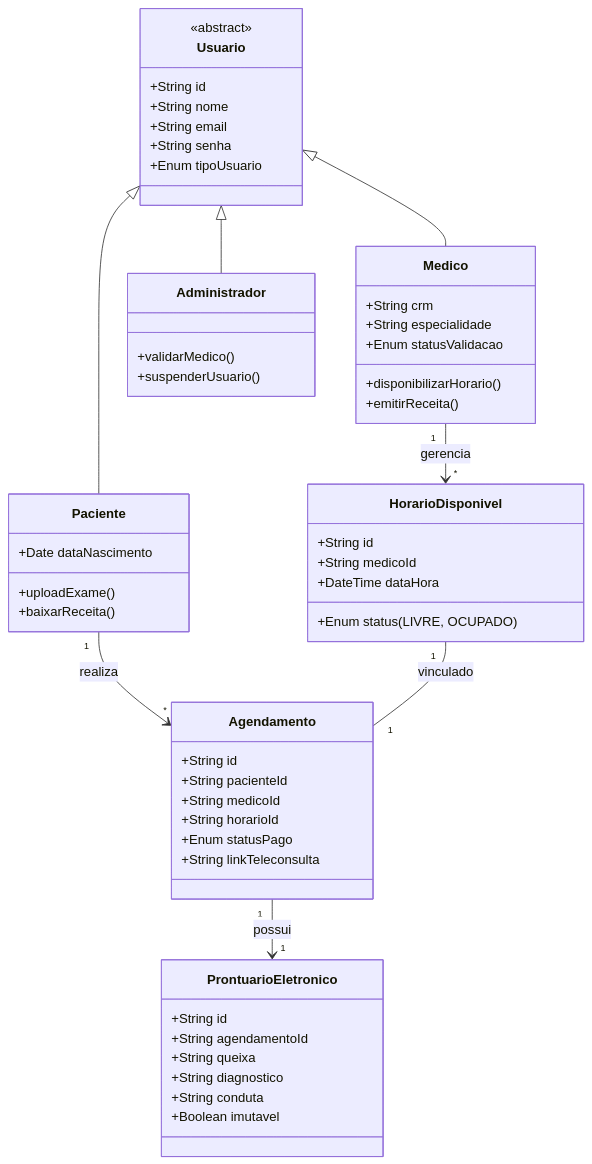
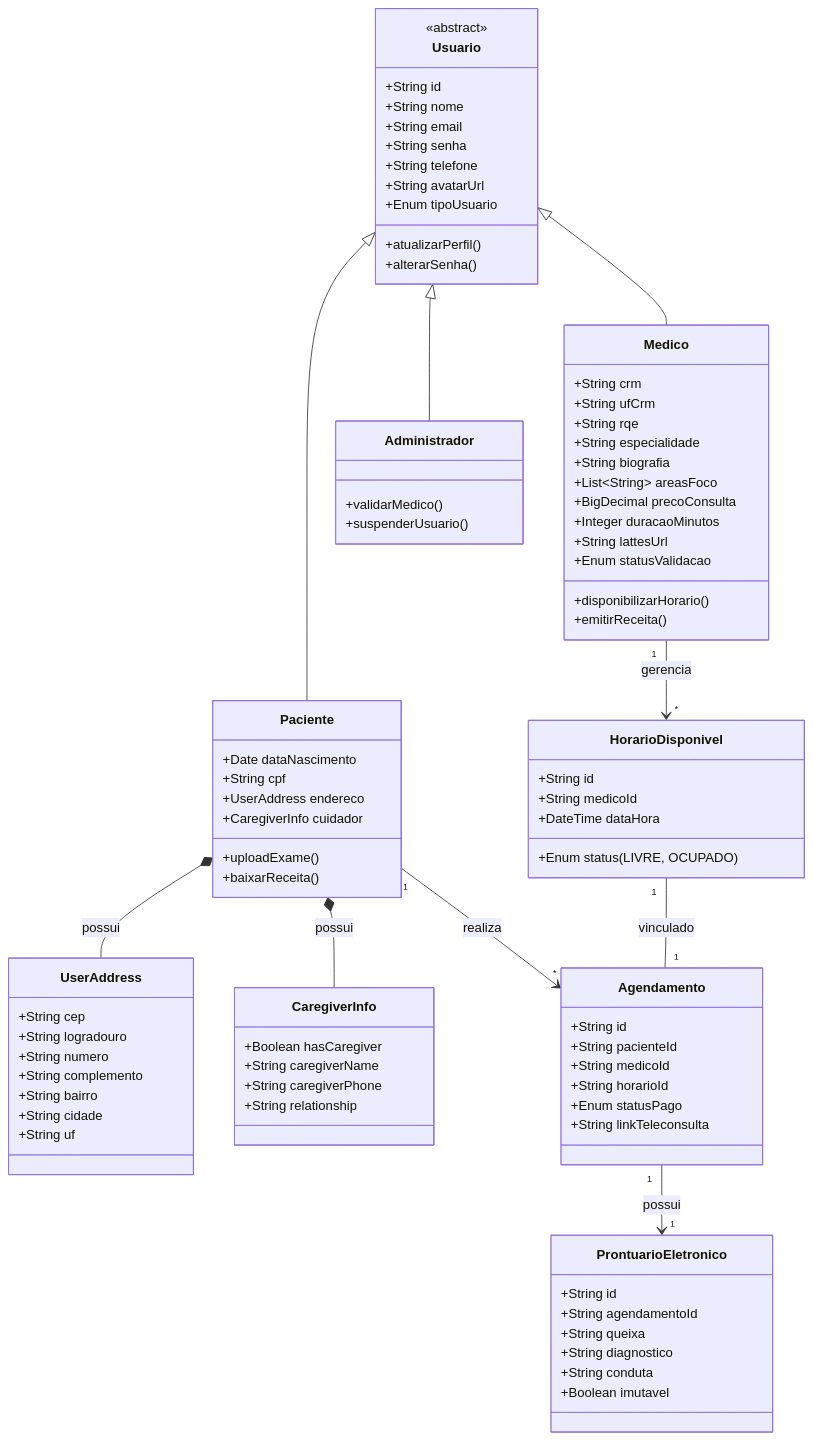
Before and after one commit to GuilhermeSilva-25/active-age: the second of 3 diagrams in 3-Semestre/docs/04-modelos-uml.md, drawn with Mermaid. The commit also changed other lines of this file and 8 other files, not shown here.

```diff
--- a/3-Semestre/docs/04-modelos-uml.md
+++ b/3-Semestre/docs/04-modelos-uml.md
@@ -57,18 +61,49 @@
         +String nome
         +String email
         +String senha
+        +String telefone
+        +String avatarUrl
         +Enum tipoUsuario
+        +atualizarPerfil()
+        +alterarSenha()
+    }
+
+    class UserAddress {
+        +String cep
+        +String logradouro
+        +String numero
+        +String complemento
+        +String bairro
+        +String cidade
+        +String uf
+    }
+
+    class CaregiverInfo {
+        +Boolean hasCaregiver
+        +String caregiverName
+        +String caregiverPhone
+        +String relationship
     }
 
     class Paciente {
         +Date dataNascimento
+        +String cpf
+        +UserAddress endereco
+        +CaregiverInfo cuidador
         +uploadExame()
         +baixarReceita()
     }
 
     class Medico {
         +String crm
+        +String ufCrm
+        +String rqe
         +String especialidade
+        +String biografia
+        +List~String~ areasFoco
+        +BigDecimal precoConsulta
+        +Integer duracaoMinutos
+        +String lattesUrl
         +Enum statusValidacao
         +disponibilizarHorario()
         +emitirReceita()
@@ -108,6 +143,9 @@
     Usuario <|-- Medico
     Usuario <|-- Administrador
 
+    Paciente *-- UserAddress : possui
+    Paciente *-- CaregiverInfo : possui
+
     Medico "1" --> "*" HorarioDisponivel : gerencia
     Paciente "1" --> "*" Agendamento : realiza
     HorarioDisponivel "1" -- "1" Agendamento : vinculado
```
